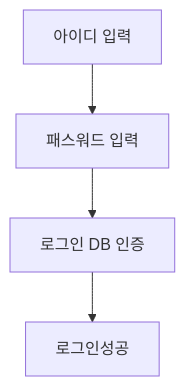
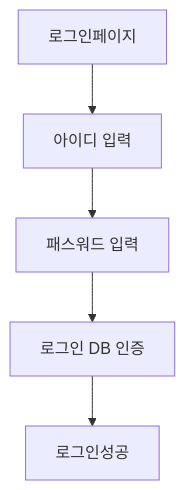
One commit to 95126m/OnboardingProject changed the first of 3 diagrams in login_기능정의서.md. Above: the diagram before and after it, drawn with Mermaid.

````diff
--- a/login_기능정의서.md
+++ b/login_기능정의서.md
@@ -27,4 +27,4 @@
     ```mermaid
     flowchart TD
-    A[아이디 입력]-->B[패스워드 입력]-->c[로그인 DB 인증]-->d[로그인성공]
+    E[로그인페이지] --> A[아이디 입력]-->B[패스워드 입력]-->c[로그인 DB 인증]-->d[로그인성공]
     ```
````
